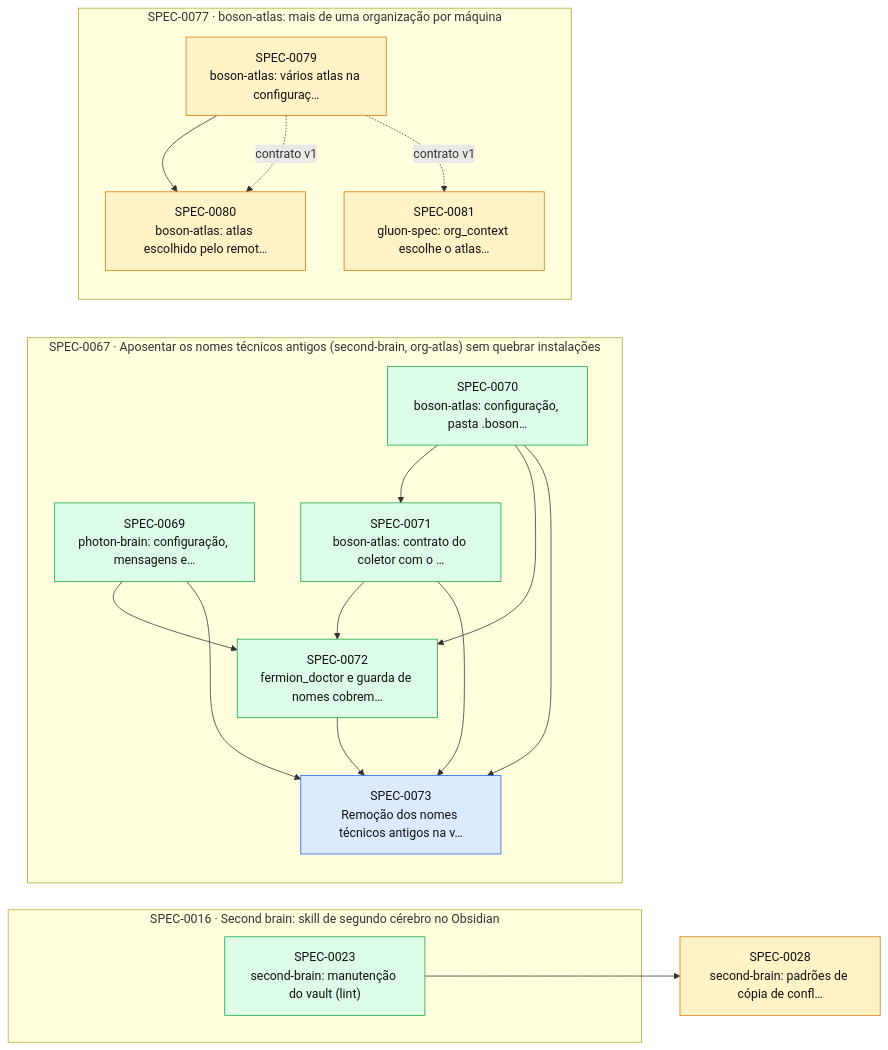
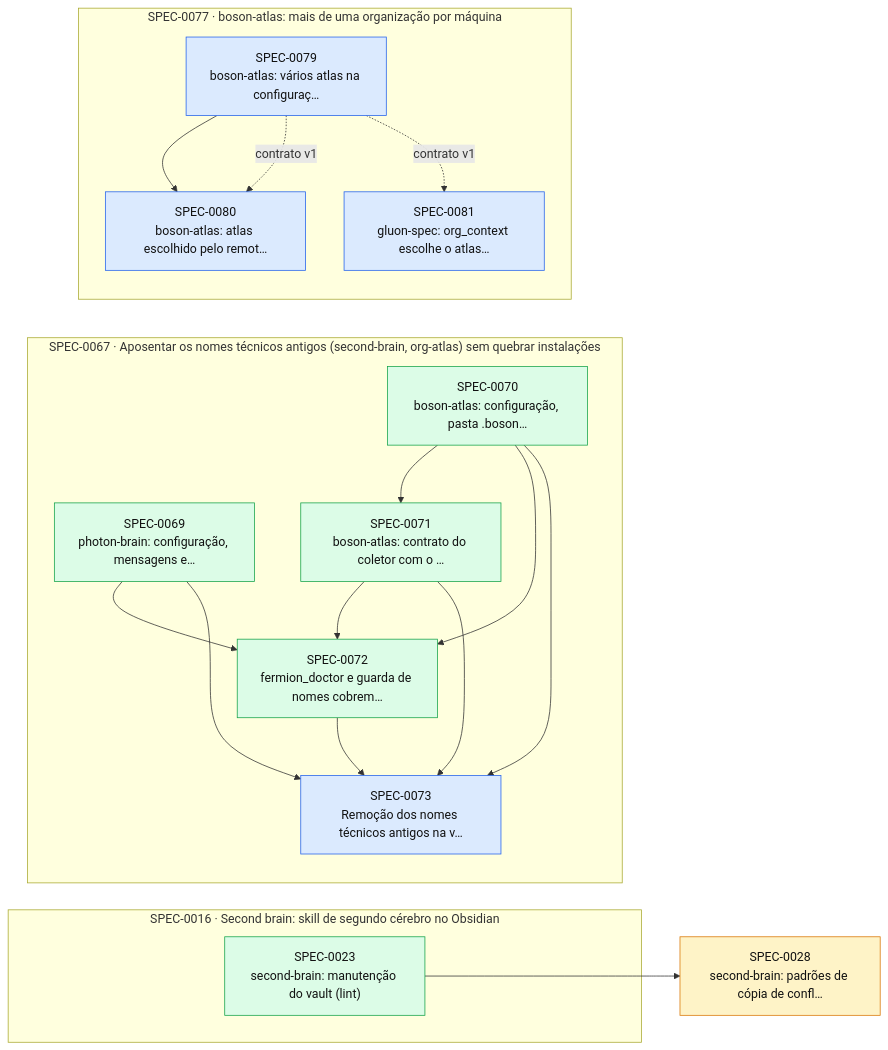
One commit to thomasravache/ai-dev-brain changed the diagram in docs/specs/INDEX.md. Above: the diagram before and after it, drawn with Mermaid. The commit also changed other lines of this file and 5 other files, not shown here.

````diff
--- a/docs/specs/INDEX.md
+++ b/docs/specs/INDEX.md
@@ -63,36 +63,36 @@
 ```mermaid
 flowchart LR
   S0028["SPEC-0028<br/>second-brain: padrões de cópia de confl…"]:::proposed
   subgraph E0016["SPEC-0016 · Second brain: skill de segundo cérebro no Obsidian"]
     S0023["SPEC-0023<br/>second-brain: manutenção do vault (lint)"]:::implemented
   end
   subgraph E0067["SPEC-0067 · Aposentar os nomes técnicos antigos (second-brain, org-atlas) sem quebrar instalações"]
     S0069["SPEC-0069<br/>photon-brain: configuração, mensagens e…"]:::implemented
     S0070["SPEC-0070<br/>boson-atlas: configuração, pasta .boson…"]:::implemented
     S0071["SPEC-0071<br/>boson-atlas: contrato do coletor com o …"]:::implemented
     S0072["SPEC-0072<br/>fermion_doctor e guarda de nomes cobrem…"]:::implemented
     S0073["SPEC-0073<br/>Remoção dos nomes técnicos antigos na v…"]:::approved
   end
   subgraph E0077["SPEC-0077 · boson-atlas: mais de uma organização por máquina"]
-    S0079["SPEC-0079<br/>boson-atlas: vários atlas na configuraç…"]:::proposed
-    S0080["SPEC-0080<br/>boson-atlas: atlas escolhido pelo remot…"]:::proposed
-    S0081["SPEC-0081<br/>gluon-spec: org_context escolhe o atlas…"]:::proposed
+    S0079["SPEC-0079<br/>boson-atlas: vários atlas na configuraç…"]:::approved
+    S0080["SPEC-0080<br/>boson-atlas: atlas escolhido pelo remot…"]:::approved
+    S0081["SPEC-0081<br/>gluon-spec: org_context escolhe o atlas…"]:::approved
   end
   S0023 --> S0028
   S0070 --> S0071
   S0069 --> S0072
   S0070 --> S0072
   S0071 --> S0072
   S0069 --> S0073
   S0070 --> S0073
   S0071 --> S0073
   S0072 --> S0073
   S0079 --> S0080
   S0079 -. contrato v1 .-> S0080
   S0079 -. contrato v1 .-> S0081
   classDef proposed fill:#fef3c7,stroke:#d97706,color:#111
   classDef approved fill:#dbeafe,stroke:#2563eb,color:#111
   classDef inprogress fill:#ede9fe,stroke:#7c3aed,color:#111
   classDef implemented fill:#dcfce7,stroke:#16a34a,color:#111
   classDef deprecated fill:#f3f4f6,stroke:#9ca3af,color:#6b7280
 ```
````
